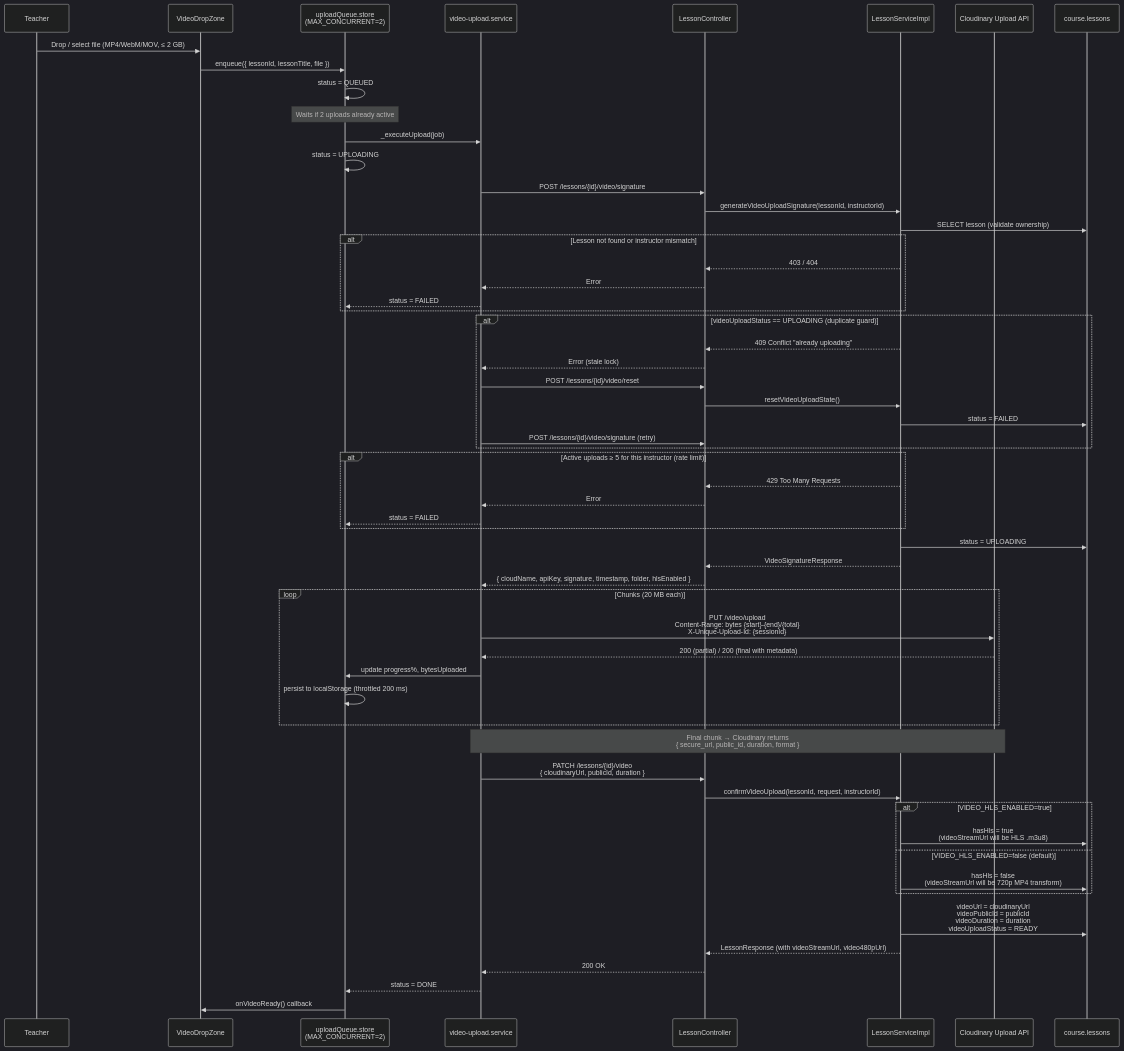
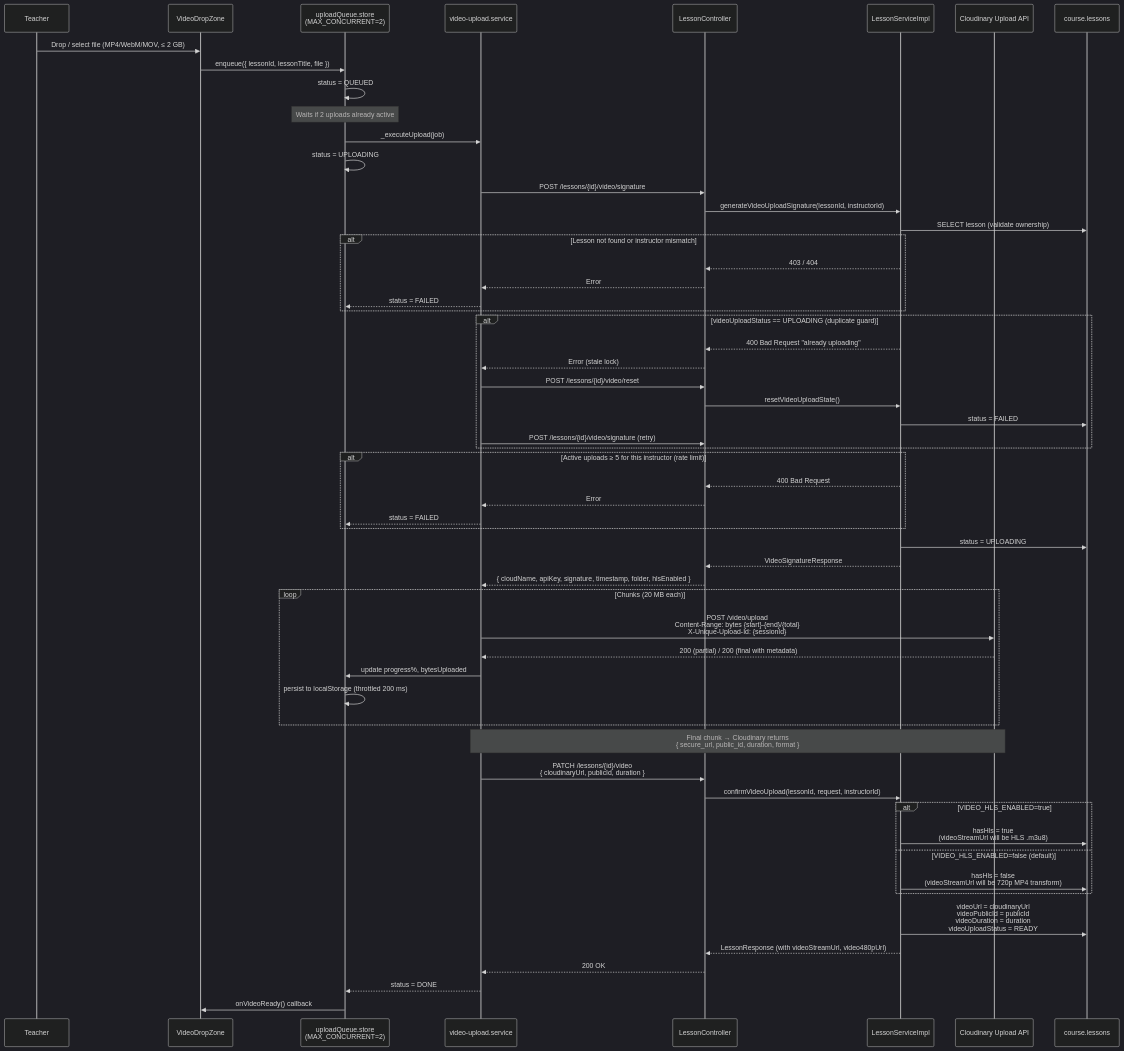
One commit to HuuLocFIT/EduMind changed the third of 5 diagrams in docs/workflows/video_upload_workflows.md. Above: the diagram before and after it, drawn with Mermaid (dark theme). The commit also changed other lines of this file and 17 other files, not shown here.

````diff
--- a/docs/workflows/video_upload_workflows.md
+++ b/docs/workflows/video_upload_workflows.md
@@ -101,73 +101,73 @@
 ```mermaid
 sequenceDiagram
     participant Teacher
     participant VDZ as VideoDropZone
     participant Queue as uploadQueue.store<br/>(MAX_CONCURRENT=2)
     participant UploadSvc as video-upload.service
     participant Backend as LessonController
     participant LessonSvc as LessonServiceImpl
     participant CldAPI as Cloudinary Upload API
     participant DB as course.lessons
 
     Teacher->>VDZ: Drop / select file (MP4/WebM/MOV, ≤ 2 GB)
     VDZ->>Queue: enqueue({ lessonId, lessonTitle, file })
     Queue->>Queue: status = QUEUED
     Note over Queue: Waits if 2 uploads already active
 
     Queue->>UploadSvc: _executeUpload(job)
     Queue->>Queue: status = UPLOADING
 
     UploadSvc->>Backend: POST /lessons/{id}/video/signature
     Backend->>LessonSvc: generateVideoUploadSignature(lessonId, instructorId)
 
     LessonSvc->>DB: SELECT lesson (validate ownership)
     alt Lesson not found or instructor mismatch
         LessonSvc-->>Backend: 403 / 404
         Backend-->>UploadSvc: Error
         UploadSvc-->>Queue: status = FAILED
     end
 
     alt videoUploadStatus == UPLOADING (duplicate guard)
-        LessonSvc-->>Backend: 409 Conflict "already uploading"
+        LessonSvc-->>Backend: 400 Bad Request "already uploading"
         Backend-->>UploadSvc: Error (stale lock)
         UploadSvc->>Backend: POST /lessons/{id}/video/reset
         Backend->>LessonSvc: resetVideoUploadState()
         LessonSvc->>DB: status = FAILED
         UploadSvc->>Backend: POST /lessons/{id}/video/signature (retry)
     end
 
     alt Active uploads ≥ 5 for this instructor (rate limit)
-        LessonSvc-->>Backend: 429 Too Many Requests
+        LessonSvc-->>Backend: 400 Bad Request
         Backend-->>UploadSvc: Error
         UploadSvc-->>Queue: status = FAILED
     end
 
     LessonSvc->>DB: status = UPLOADING
     LessonSvc-->>Backend: VideoSignatureResponse
     Backend-->>UploadSvc: { cloudName, apiKey, signature, timestamp, folder, hlsEnabled }
 
     loop Chunks (20 MB each)
-        UploadSvc->>CldAPI: PUT /video/upload<br/>Content-Range: bytes {start}-{end}/{total}<br/>X-Unique-Upload-Id: {sessionId}
+        UploadSvc->>CldAPI: POST /video/upload<br/>Content-Range: bytes {start}-{end}/{total}<br/>X-Unique-Upload-Id: {sessionId}
         CldAPI-->>UploadSvc: 200 (partial) / 200 (final with metadata)
         UploadSvc->>Queue: update progress%, bytesUploaded
         Queue->>Queue: persist to localStorage (throttled 200 ms)
     end
 
     Note over UploadSvc,CldAPI: Final chunk → Cloudinary returns<br/>{ secure_url, public_id, duration, format }
 
     UploadSvc->>Backend: PATCH /lessons/{id}/video<br/>{ cloudinaryUrl, publicId, duration }
     Backend->>LessonSvc: confirmVideoUpload(lessonId, request, instructorId)
 
     alt VIDEO_HLS_ENABLED=true
         LessonSvc->>DB: hasHls = true<br/>(videoStreamUrl will be HLS .m3u8)
     else VIDEO_HLS_ENABLED=false (default)
         LessonSvc->>DB: hasHls = false<br/>(videoStreamUrl will be 720p MP4 transform)
     end
 
     LessonSvc->>DB: videoUrl = cloudinaryUrl<br/>videoPublicId = publicId<br/>videoDuration = duration<br/>videoUploadStatus = READY
 
     LessonSvc-->>Backend: LessonResponse (with videoStreamUrl, video480pUrl)
     Backend-->>UploadSvc: 200 OK
     UploadSvc-->>Queue: status = DONE
     Queue->>VDZ: onVideoReady() callback
 ```
````
